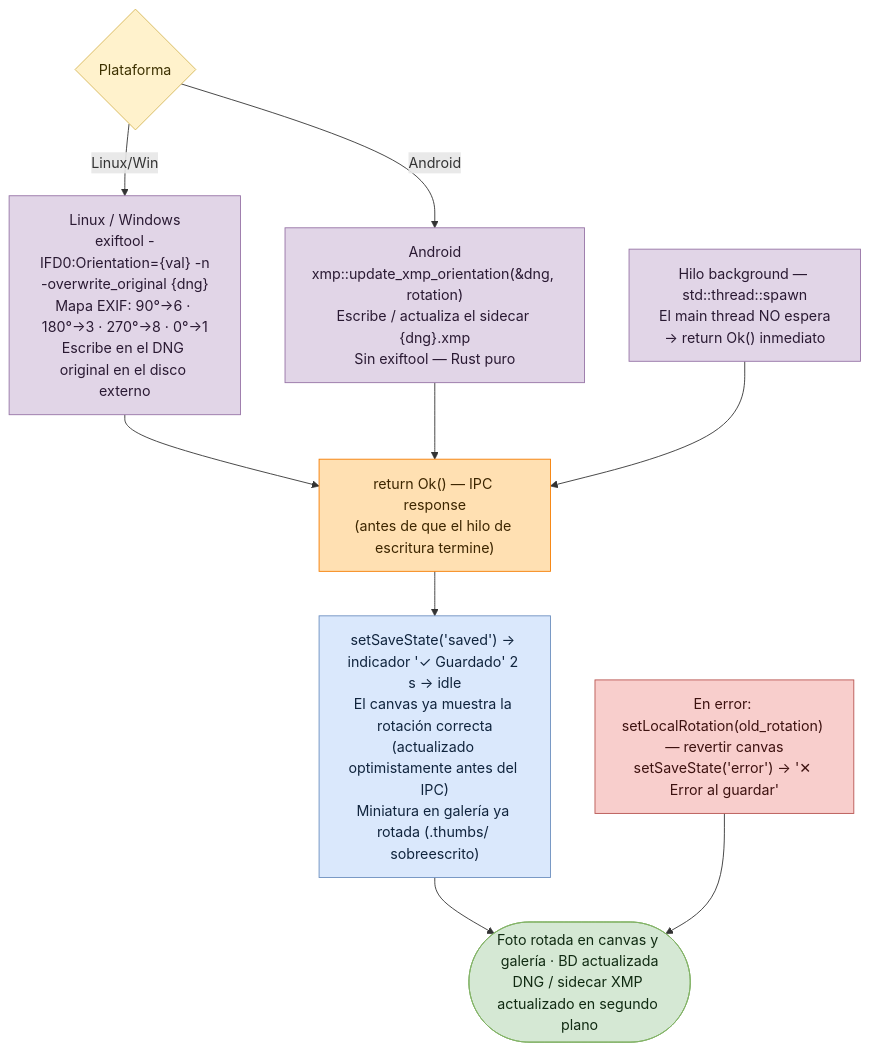
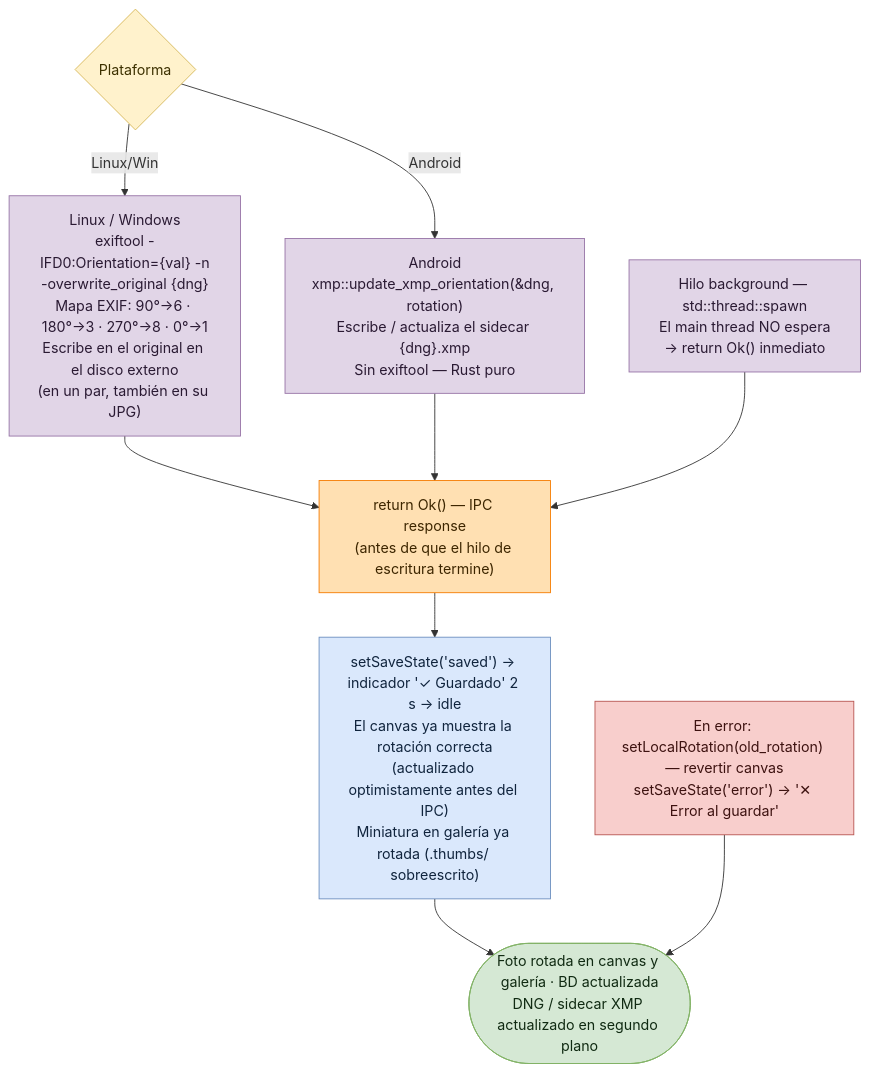
The fourth of 4 diagrams in docs/useCases/flujo-rotacion.md (everitosan/lumik), drawn with Mermaid before and after one commit. The commit also changed other lines of this file and 75 other files, not shown here.

First line of the commit message:
feat(desktop): pares RAW+JPEG y entrega del JPG de cámara

````diff
--- a/docs/useCases/flujo-rotacion.md
+++ b/docs/useCases/flujo-rotacion.md
@@ -97,30 +97,30 @@
 ```mermaid
 flowchart TD
     plat_q{"Plataforma"}
-    desktop_write["Linux / Windows<br/>exiftool -IFD0:Orientation={val} -n<br/>-overwrite_original {dng}<br/>Mapa EXIF: 90°→6 · 180°→3 · 270°→8 · 0°→1<br/>Escribe en el DNG original en el disco externo"]
+    desktop_write["Linux / Windows<br/>exiftool -IFD0:Orientation={val} -n<br/>-overwrite_original {dng}<br/>Mapa EXIF: 90°→6 · 180°→3 · 270°→8 · 0°→1<br/>Escribe en el original en el disco externo<br/>(en un par, también en su JPG)"]
     android_write["Android<br/>xmp::update_xmp_orientation(&dng, rotation)<br/>Escribe / actualiza el sidecar {dng}.xmp<br/>Sin exiftool — Rust puro"]
     thread["Hilo background — std::thread::spawn<br/>El main thread NO espera<br/>→ return Ok() inmediato"]
     ret["return Ok() — IPC response<br/>(antes de que el hilo de escritura termine)"]
     fe_ok["setSaveState('saved') → indicador '✓ Guardado' 2 s → idle<br/>El canvas ya muestra la rotación correcta<br/>(actualizado optimistamente antes del IPC)<br/>Miniatura en galería ya rotada (.thumbs/ sobreescrito)"]
     fe_err["En error: setLocalRotation(old_rotation) — revertir canvas<br/>setSaveState('error') → '✕ Error al guardar'"]
     fin(["Foto rotada en canvas y galería · BD actualizada<br/>DNG / sidecar XMP actualizado en segundo plano"])
 
     plat_q -->|Linux/Win| desktop_write --> ret
     plat_q -->|Android| android_write --> ret
     thread --> ret
     ret --> fe_ok --> fin
     fe_err --> fin
 
     classDef term fill:#d5e8d4,stroke:#82b366,color:#102a12
     classDef ui fill:#dae8fc,stroke:#6c8ebf,color:#10243d
     classDef be fill:#ffe0b2,stroke:#f57c00,color:#3d2600
     classDef plat fill:#e1d5e7,stroke:#9673a6,color:#2a1a33
     classDef dec fill:#fff2cc,stroke:#d6b656,color:#3d3100
     classDef err fill:#f8cecc,stroke:#b85450,color:#3d1210
     class fin term
     class fe_ok ui
     class ret be
     class desktop_write,android_write,thread plat
     class plat_q dec
     class fe_err err
 ```
````
